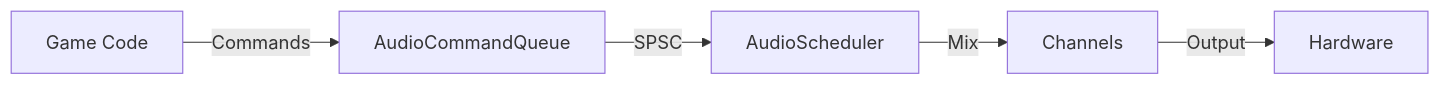
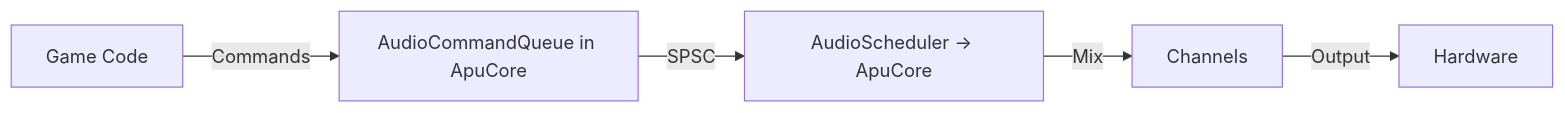
Before and after one commit to PixelRoot32-Game-Engine/PixelRoot32-Docs: the third of 6 diagrams in architecture/overview.md, drawn with Mermaid. The commit also changed 10 other files, not shown here.

First line of the commit message:
docs(audio): enhance audio documentation with ApuCore details

````diff
--- a/architecture/overview.md
+++ b/architecture/overview.md
@@ -207,7 +207,7 @@
 ```mermaid
 flowchart LR
-    A[Game Code] -->|Commands| B[AudioCommandQueue]
-    B -->|SPSC| C[AudioScheduler]
+    A[Game Code] -->|Commands| B[AudioCommandQueue in ApuCore]
+    B -->|SPSC| C[AudioScheduler -> ApuCore]
     C -->|Mix| D[Channels]
     D -->|Output| E[Hardware]
 ```
````
